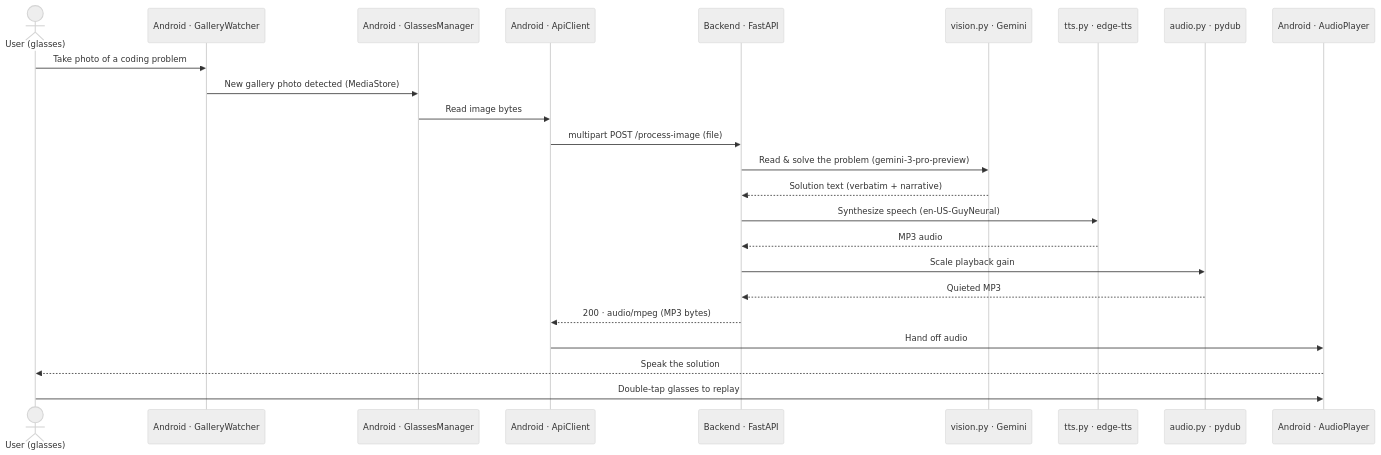
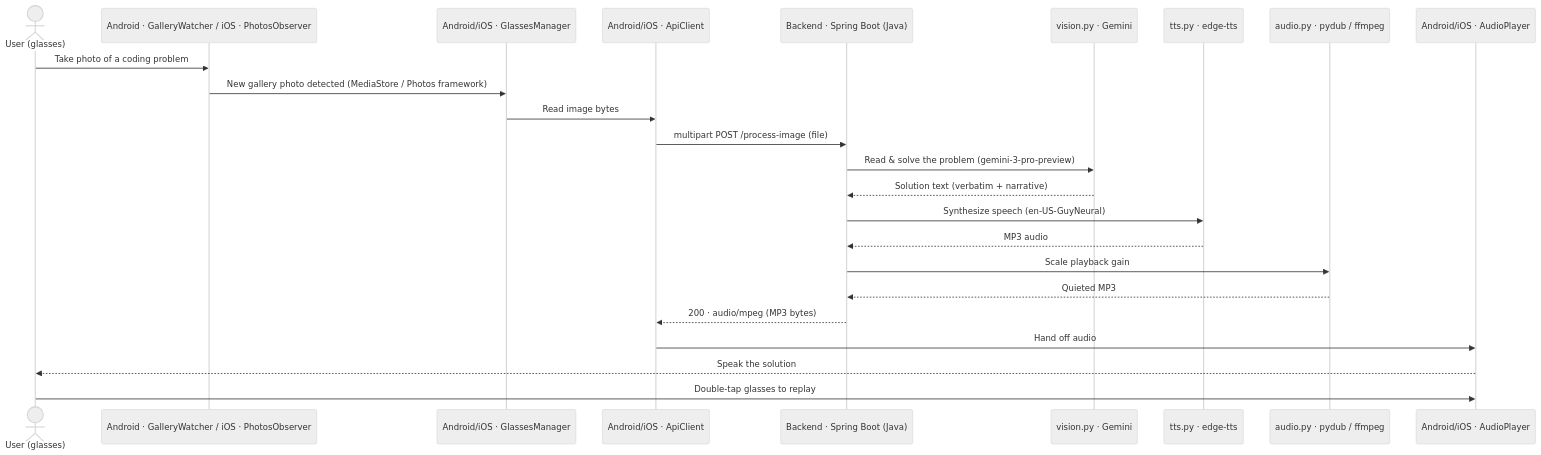
Before and after one commit to Builder106/meta-helper: the diagram in README.md, drawn with Mermaid (neutral theme). The commit also changed other lines of this file and 6 other files, not shown here.

First line of the commit message:
Update documentation and CI for Java backend + iOS support

````diff
--- a/README.md
+++ b/README.md
@@ -23,27 +24,27 @@
 ```mermaid
 sequenceDiagram
     actor User as User (glasses)
-    participant GW as Android · GalleryWatcher
-    participant GM as Android · GlassesManager
-    participant API as Android · ApiClient
-    participant BE as Backend · FastAPI
+    participant GW as Android · GalleryWatcher / iOS · PhotosObserver
+    participant GM as Android/iOS · GlassesManager
+    participant API as Android/iOS · ApiClient
+    participant BE as Backend · Spring Boot (Java)
     participant V as vision.py · Gemini
     participant T as tts.py · edge-tts
-    participant A as audio.py · pydub
-    participant AP as Android · AudioPlayer
+    participant A as audio.py · pydub / ffmpeg
+    participant AP as Android/iOS · AudioPlayer
 
     User->>GW: Take photo of a coding problem
-    GW->>GM: New gallery photo detected (MediaStore)
+    GW->>GM: New gallery photo detected (MediaStore / Photos framework)
     GM->>API: Read image bytes
     API->>BE: multipart POST /process-image (file)
     BE->>V: Read & solve the problem (gemini-3-pro-preview)
     V-->>BE: Solution text (verbatim + narrative)
     BE->>T: Synthesize speech (en-US-GuyNeural)
     T-->>BE: MP3 audio
     BE->>A: Scale playback gain
     A-->>BE: Quieted MP3
     BE-->>API: 200 · audio/mpeg (MP3 bytes)
     API->>AP: Hand off audio
     AP-->>User: Speak the solution
     User->>AP: Double-tap glasses to replay
 ```
````
